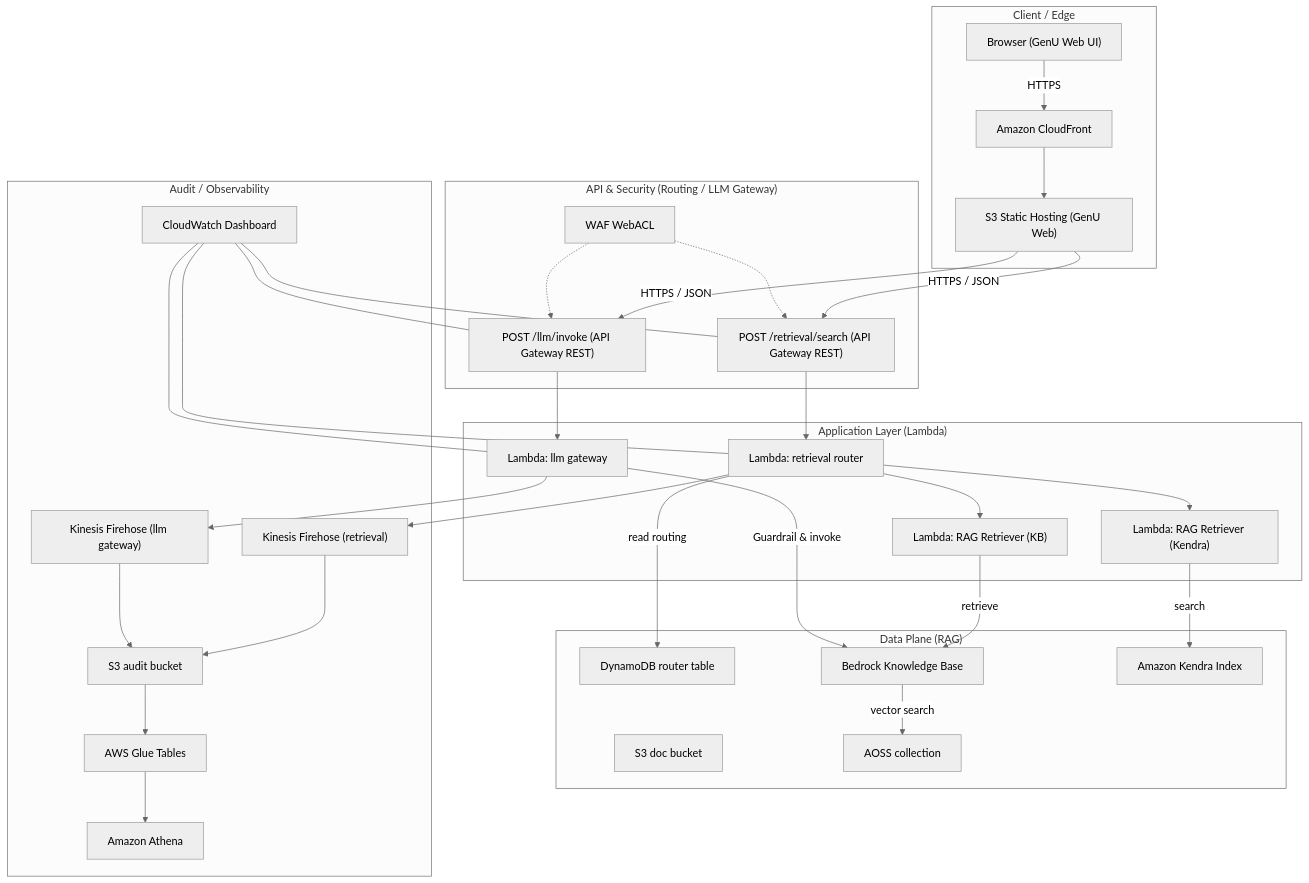
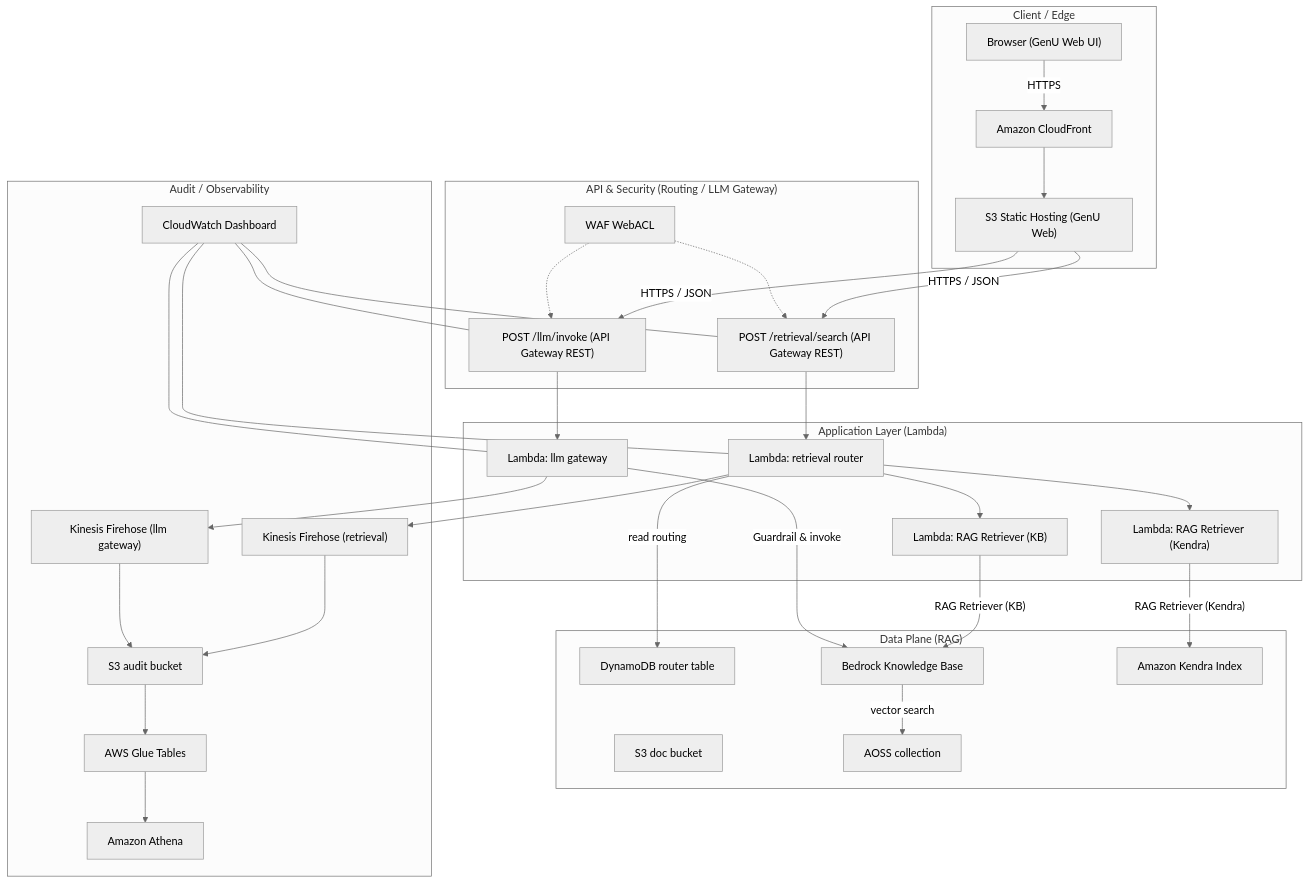
Before and after one commit to kiwiiosaru-jp/shinkijigyou_AI_Agent_demo: the diagram in phase1 copy.mmd, drawn with Mermaid (neutral theme).

```diff
--- a/phase1 copy.mmd
+++ b/phase1 copy.mmd
@@ -1,74 +1,74 @@
 flowchart TB
   subgraph Client ["Client / Edge"]
     UI["Browser (GenU Web UI)"]
     CF["Amazon CloudFront"]
     S3UI["S3 Static Hosting (GenU Web)"]
   end
 
   subgraph API ["API & Security (Routing / LLM Gateway)"]
     WAF["WAF WebACL"]
     RET["POST /retrieval/search (API Gateway REST)"]
     LLM["POST /llm/invoke (API Gateway REST)"]
   end
 
   subgraph Lambda ["Application Layer (Lambda)"]
     RouterFn["Lambda: retrieval router"]
     AdapterKb["Lambda: RAG Retriever (KB)"]
     AdapterKendra["Lambda: RAG Retriever (Kendra)"]
     LlmFn["Lambda: llm gateway"]
   end
 
   subgraph Data ["Data Plane (RAG)"]
     DDB["DynamoDB router table"]
     S3Docs["S3 doc bucket"]
     AOSS["AOSS collection"]
     KB["Bedrock Knowledge Base"]
     Kendra["Amazon Kendra Index"]
   end
 
   subgraph Logs ["Audit / Observability"]
     FHRet["Kinesis Firehose (retrieval)"]
     FHLlm["Kinesis Firehose (llm gateway)"]
     S3Logs["S3 audit bucket"]
     Glue["AWS Glue Tables"]
     Athena["Amazon Athena"]
     CWDash["CloudWatch Dashboard"]
   end
 
   %% Client / Edge flow
   UI -->|"HTTPS"| CF --> S3UI
   S3UI -->|"HTTPS / JSON"| RET
   S3UI -->|"HTTPS / JSON"| LLM
 
   %% WAF to APIs
   WAF -.-> RET
   WAF -.-> LLM
 
   %% API to Lambda
   RET --> RouterFn
   LLM --> LlmFn
 
   %% Router & Retrievers
   RouterFn -->|"read routing"| DDB
   RouterFn --> AdapterKb
   RouterFn --> AdapterKendra
-  AdapterKb -->|"retrieve"| KB
+  AdapterKb -->|"RAG Retriever (KB)"| KB
   KB -->|"vector search"| AOSS
-  AdapterKendra -->|"search"| Kendra
+  AdapterKendra -->|"RAG Retriever (Kendra)"| Kendra
 
   %% LLM Gateway
   LlmFn -->|"Guardrail & invoke"| KB
 
   %% Logging / Audit flow
   RouterFn --> FHRet
   LlmFn --> FHLlm
   FHRet --> S3Logs
   FHLlm --> S3Logs
   S3Logs --> Glue
   Glue --> Athena
 
   %% Dashboards
   CWDash --- RET
   CWDash --- LLM
   CWDash --- RouterFn
   CWDash --- LlmFn
```
